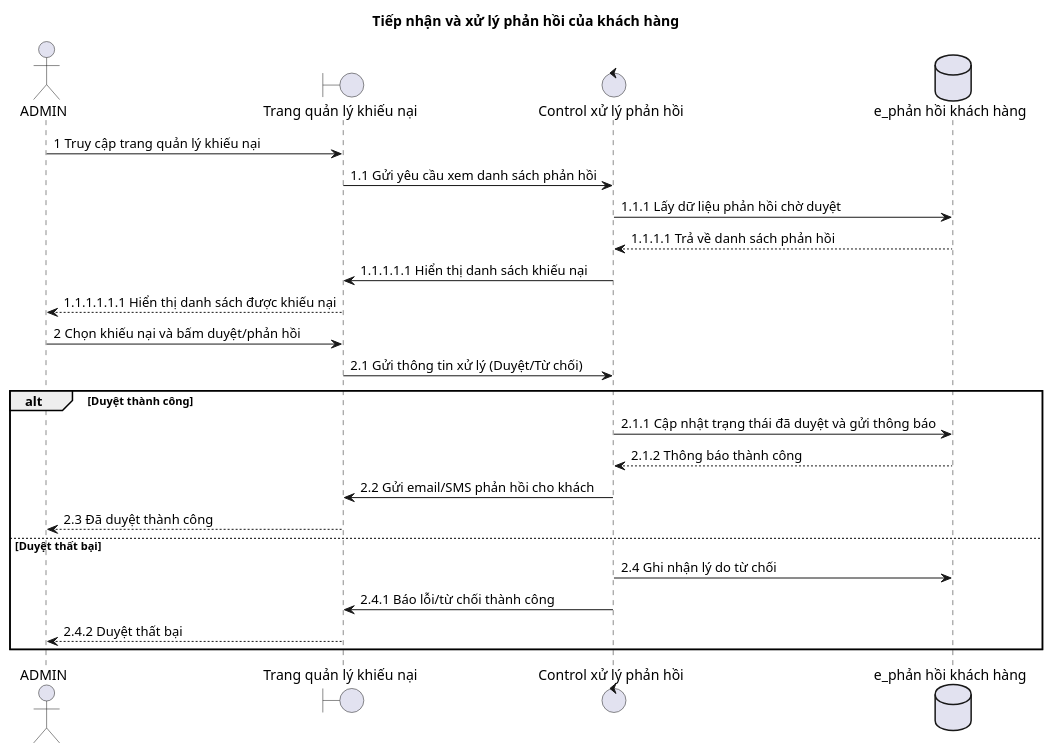
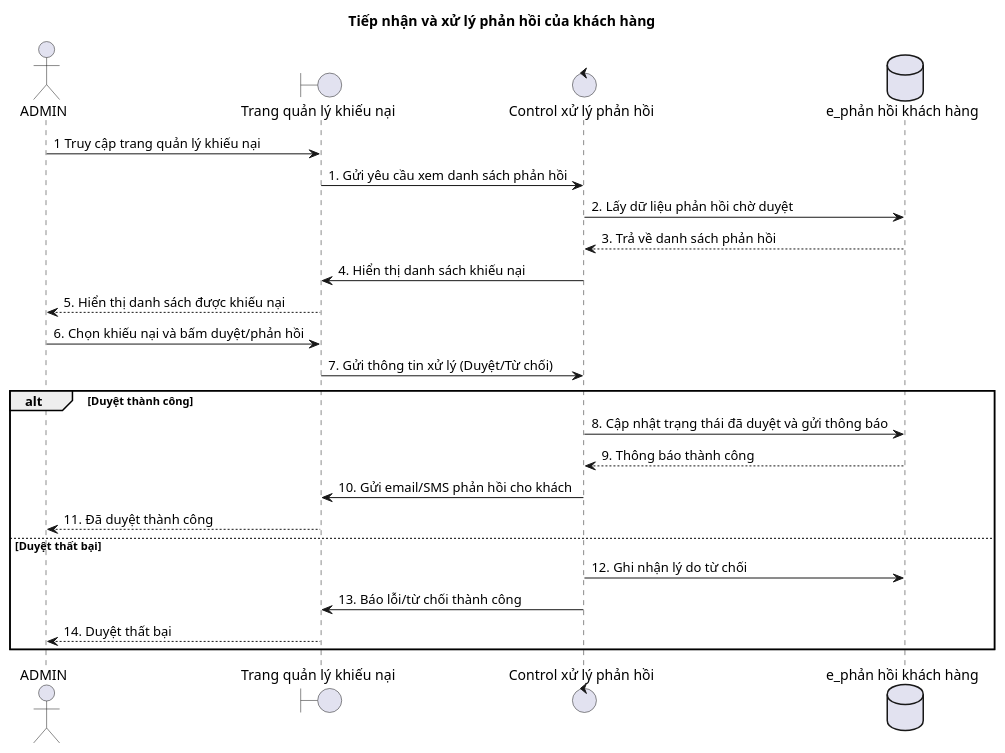
The diagram in docs/diagrams/sequence/preview/01-feedback-handling.puml (duygri/do-an-htttdn-crm), drawn with PlantUML before and after one commit.

Commit message:
Refactor feedback handling sequence diagram

```diff
--- a/docs/diagrams/sequence/preview/01-feedback-handling.puml
+++ b/docs/diagrams/sequence/preview/01-feedback-handling.puml
@@ -1,29 +1,29 @@
 @startuml
 title Tiếp nhận và xử lý phản hồi của khách hàng
 
 actor ADMIN as Admin
 boundary "Trang quản lý khiếu nại" as Boundary
 control "Control xử lý phản hồi" as Control
 database "e_phản hồi khách hàng" as Entity
 
 Admin -> Boundary: 1 Truy cập trang quản lý khiếu nại
-Boundary -> Control: 1.1 Gửi yêu cầu xem danh sách phản hồi
-Control -> Entity: 1.1.1 Lấy dữ liệu phản hồi chờ duyệt
-Entity --> Control: 1.1.1.1 Trả về danh sách phản hồi
-Control -> Boundary: 1.1.1.1.1 Hiển thị danh sách khiếu nại
-Boundary --> Admin: 1.1.1.1.1.1 Hiển thị danh sách được khiếu nại
+Boundary -> Control: 1. Gửi yêu cầu xem danh sách phản hồi
+Control -> Entity: 2. Lấy dữ liệu phản hồi chờ duyệt
+Entity --> Control: 3. Trả về danh sách phản hồi
+Control -> Boundary: 4. Hiển thị danh sách khiếu nại
+Boundary --> Admin: 5. Hiển thị danh sách được khiếu nại
 
-Admin -> Boundary: 2 Chọn khiếu nại và bấm duyệt/phản hồi
-Boundary -> Control: 2.1 Gửi thông tin xử lý (Duyệt/Từ chối)
+Admin -> Boundary: 6. Chọn khiếu nại và bấm duyệt/phản hồi
+Boundary -> Control: 7. Gửi thông tin xử lý (Duyệt/Từ chối)
 
 alt Duyệt thành công
-  Control -> Entity: 2.1.1 Cập nhật trạng thái đã duyệt và gửi thông báo
-  Entity --> Control: 2.1.2 Thông báo thành công
-  Control -> Boundary: 2.2 Gửi email/SMS phản hồi cho khách
-  Boundary --> Admin: 2.3 Đã duyệt thành công
+  Control -> Entity: 8. Cập nhật trạng thái đã duyệt và gửi thông báo
+  Entity --> Control: 9. Thông báo thành công
+  Control -> Boundary: 10. Gửi email/SMS phản hồi cho khách
+  Boundary --> Admin: 11. Đã duyệt thành công
 else Duyệt thất bại
-  Control -> Entity: 2.4 Ghi nhận lý do từ chối
-  Control -> Boundary: 2.4.1 Báo lỗi/từ chối thành công
-  Boundary --> Admin: 2.4.2 Duyệt thất bại
+  Control -> Entity: 12. Ghi nhận lý do từ chối
+  Control -> Boundary: 13. Báo lỗi/từ chối thành công
+  Boundary --> Admin: 14. Duyệt thất bại
 end
 @enduml
```
